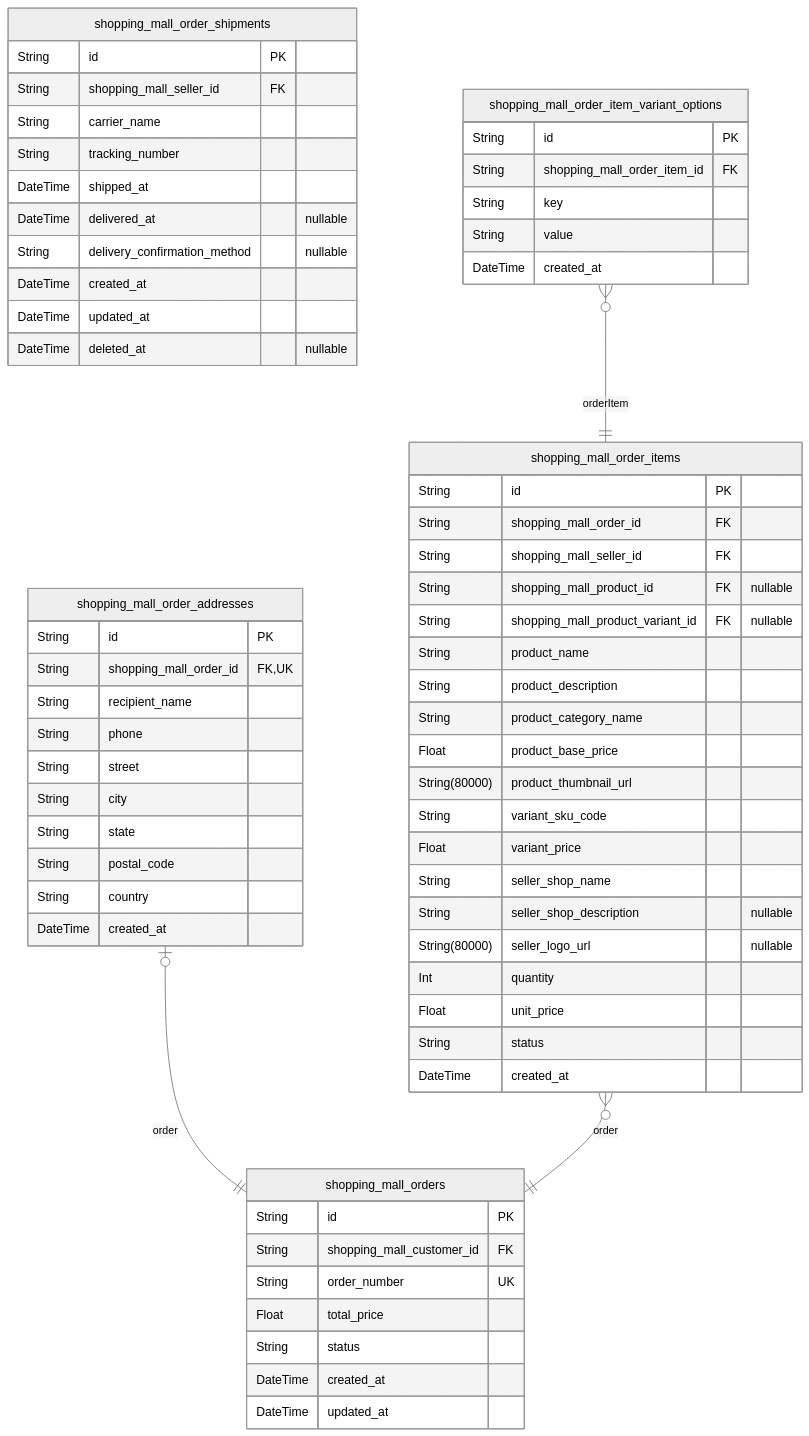
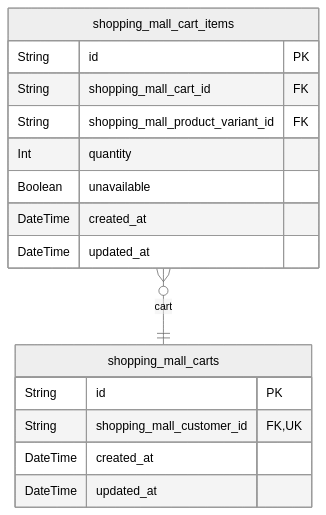
The fifth of 9 diagrams in z-ai/glm-5/shopping/docs/ERD.md (wrtnlabs/autobe-examples), drawn with Mermaid (neutral theme) before and after one commit. The commit also changed other lines of this file and 17098 other files, not shown here.

````diff
--- a/z-ai/glm-5/shopping/docs/ERD.md
+++ b/z-ai/glm-5/shopping/docs/ERD.md
@@ -1097,67 +898,19 @@
 ```mermaid
 erDiagram
-"shopping_mall_orders" {
+"shopping_mall_carts" {
   String id PK
-  String shopping_mall_customer_id FK
-  String order_number UK
-  Float total_price
-  String status
+  String shopping_mall_customer_id FK,UK
   DateTime created_at
   DateTime updated_at
 }
-"shopping_mall_order_addresses" {
+"shopping_mall_cart_items" {
   String id PK
-  String shopping_mall_order_id FK,UK
-  String recipient_name
-  String phone
-  String street
-  String city
-  String state
-  String postal_code
-  String country
-  DateTime created_at
-}
-"shopping_mall_order_items" {
-  String id PK
-  String shopping_mall_order_id FK
-  String shopping_mall_seller_id FK
-  String shopping_mall_product_id FK "nullable"
-  String shopping_mall_product_variant_id FK "nullable"
-  String product_name
-  String product_description
-  String product_category_name
-  Float product_base_price
-  String(80000) product_thumbnail_url
-  String variant_sku_code
-  Float variant_price
-  String seller_shop_name
-  String seller_shop_description "nullable"
-  String(80000) seller_logo_url "nullable"
+  String shopping_mall_cart_id FK
+  String shopping_mall_product_variant_id FK
   Int quantity
-  Float unit_price
-  String status
-  DateTime created_at
-}
-"shopping_mall_order_shipments" {
-  String id PK
-  String shopping_mall_seller_id FK
-  String carrier_name
-  String tracking_number
-  DateTime shipped_at
-  DateTime delivered_at "nullable"
-  String delivery_confirmation_method "nullable"
+  Boolean unavailable
   DateTime created_at
   DateTime updated_at
-  DateTime deleted_at "nullable"
 }
-"shopping_mall_order_item_variant_options" {
-  String id PK
-  String shopping_mall_order_item_id FK
-  String key
-  String value
-  DateTime created_at
-}
-"shopping_mall_order_addresses" |o--|| "shopping_mall_orders" : order
-"shopping_mall_order_items" }o--|| "shopping_mall_orders" : order
-"shopping_mall_order_item_variant_options" }o--|| "shopping_mall_order_items" : orderItem
+"shopping_mall_cart_items" }o--|| "shopping_mall_carts" : cart
 ```
````
